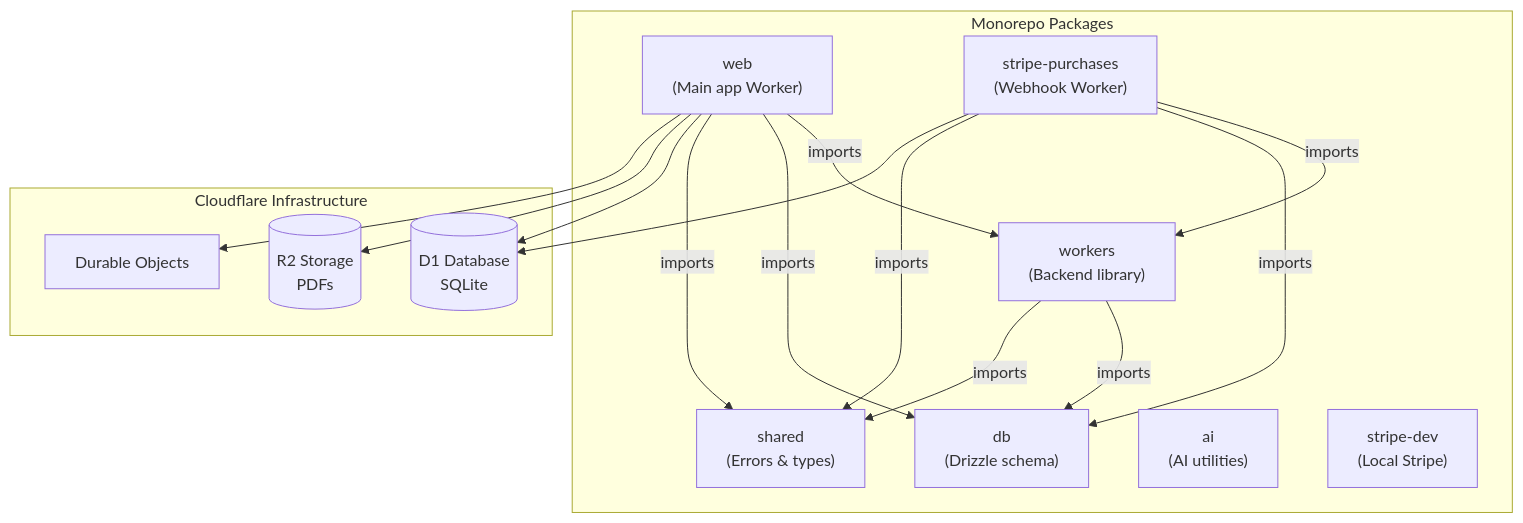
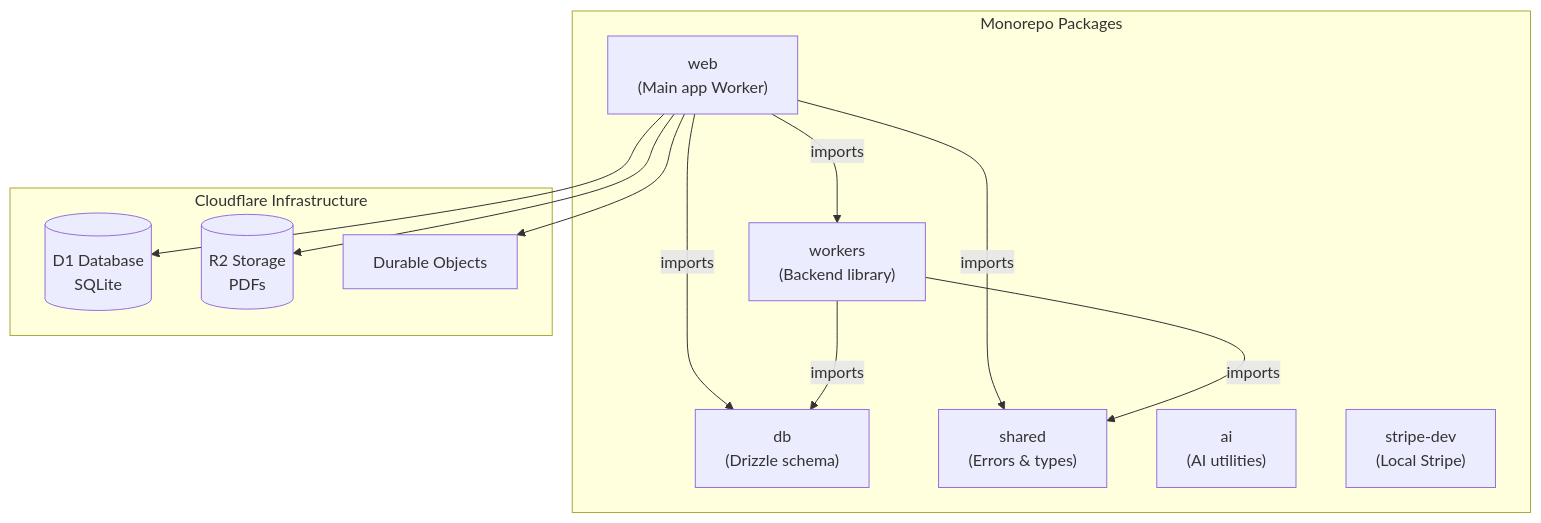
Before and after one commit to InfinityBowman/corates: the diagram in packages/docs/architecture/diagrams/01-package-architecture.md, drawn with Mermaid. The commit also changed other lines of this file and 42 other files, not shown here.

First line of the commit message:
Retire the stripe-purchases worker

````diff
--- a/packages/docs/architecture/diagrams/01-package-architecture.md
+++ b/packages/docs/architecture/diagrams/01-package-architecture.md
@@ -5,31 +5,26 @@
 ```mermaid
 graph TB
     subgraph "Monorepo Packages"
         web["web<br/>(Main app Worker)"]
-        stripePurchases["stripe-purchases<br/>(Webhook Worker)"]
         workers["workers<br/>(Backend library)"]
         db["db<br/>(Drizzle schema)"]
         shared["shared<br/>(Errors & types)"]
         ai["ai<br/>(AI utilities)"]
         stripeDev["stripe-dev<br/>(Local Stripe)"]
     end
 
     subgraph "Cloudflare Infrastructure"
         D1[(D1 Database<br/>SQLite)]
         R2[(R2 Storage<br/>PDFs)]
         DO["Durable Objects"]
     end
 
     web -->|"imports"| workers
     web -->|"imports"| db
     web -->|"imports"| shared
-    stripePurchases -->|"imports"| workers
-    stripePurchases -->|"imports"| db
-    stripePurchases -->|"imports"| shared
     workers -->|"imports"| db
     workers -->|"imports"| shared
     web --> D1
     web --> R2
     web --> DO
-    stripePurchases --> D1
 ```
````
